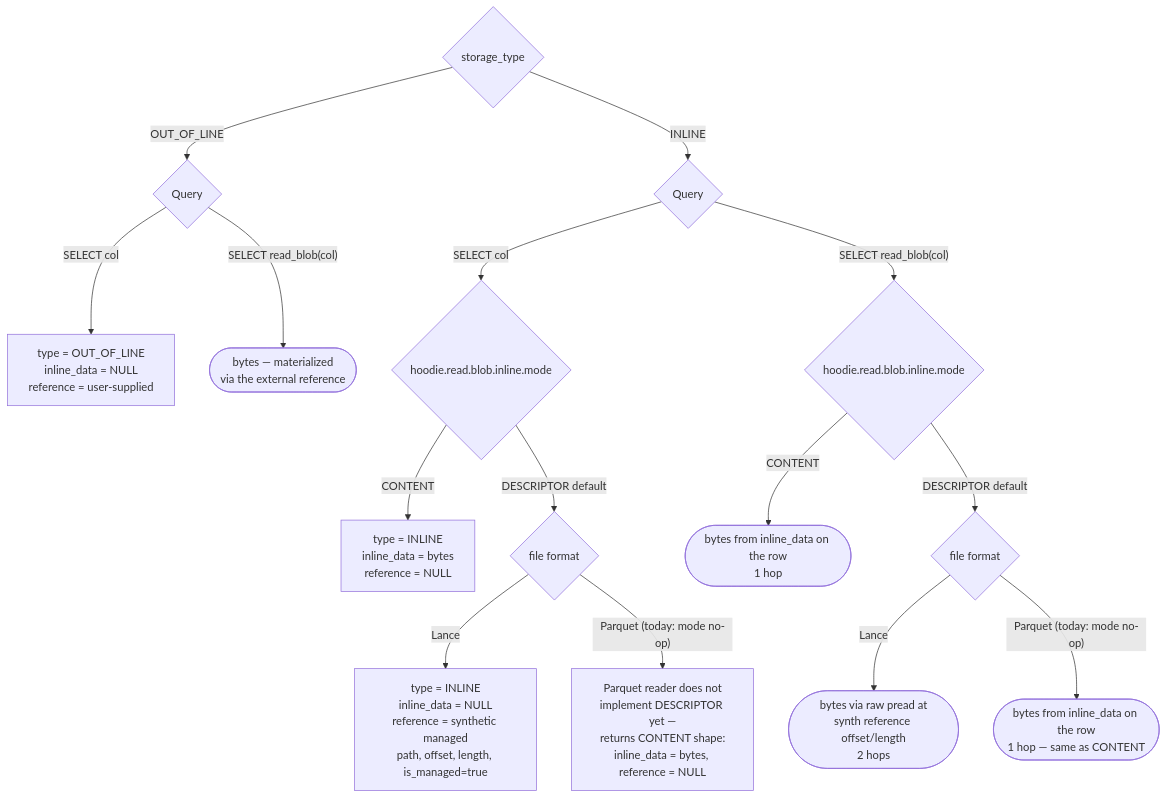
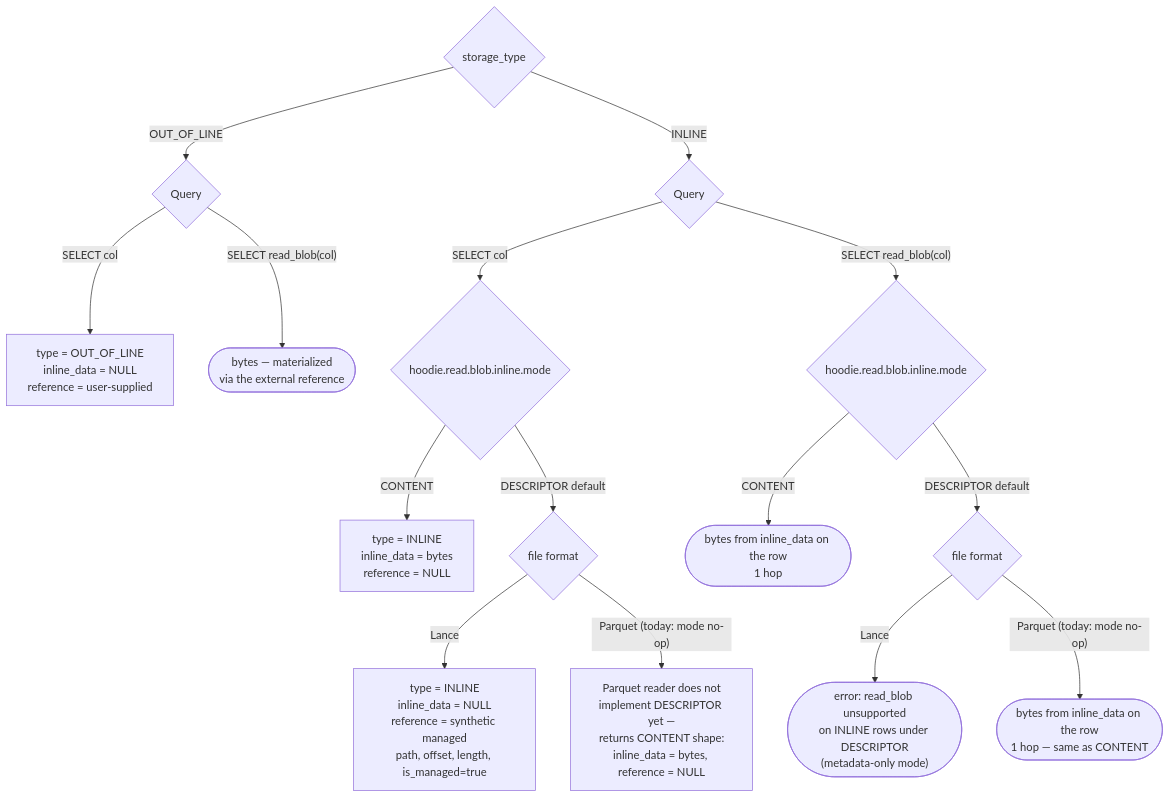
One commit to apache/hudi changed the first of 2 diagrams in rfc/rfc-100/rfc-100.md. Above: the diagram before and after it, drawn with Mermaid. The commit also changed other lines of this file and 3 other files, not shown here.

First line of the commit message:
feat(blob): reject read_blob() on INLINE rows under DESCRIPTOR mode

````diff
--- a/rfc/rfc-100/rfc-100.md
+++ b/rfc/rfc-100/rfc-100.md
@@ -174,21 +177,21 @@
 ```mermaid
 flowchart TD
     ST{storage_type}
 
     ST -->|OUT_OF_LINE| QO{Query}
     QO -->|"SELECT col"| OOL["type = OUT_OF_LINE<br/>inline_data = NULL<br/>reference = user-supplied"]
     QO -->|"SELECT read_blob(col)"| RBO(["bytes — materialized<br/>via the external reference"])
 
     ST -->|INLINE| QI{Query}
     QI -->|"SELECT col"| M{hoodie.read.blob.inline.mode}
     M -->|CONTENT| CONT["type = INLINE<br/>inline_data = bytes<br/>reference = NULL"]
     M -->|DESCRIPTOR default| F{file format}
     F -->|Lance| LD["type = INLINE<br/>inline_data = NULL<br/>reference = synthetic managed<br/>path, offset, length, is_managed=true"]
     F -->|"Parquet (today: mode no-op)"| PD["Parquet reader does not<br/>implement DESCRIPTOR yet —<br/>returns CONTENT shape:<br/>inline_data = bytes, reference = NULL"]
 
     QI -->|"SELECT read_blob(col)"| RM{hoodie.read.blob.inline.mode}
     RM -->|CONTENT| RBC(["bytes from inline_data on the row<br/>1 hop"])
     RM -->|DESCRIPTOR default| RF{file format}
-    RF -->|Lance| RBL(["bytes via raw pread at<br/>synth reference offset/length<br/>2 hops"])
+    RF -->|Lance| RBL(["error: read_blob unsupported<br/>on INLINE rows under DESCRIPTOR<br/>(metadata-only mode)"])
     RF -->|"Parquet (today: mode no-op)"| RBP(["bytes from inline_data on the row<br/>1 hop — same as CONTENT"])
 ```
````
